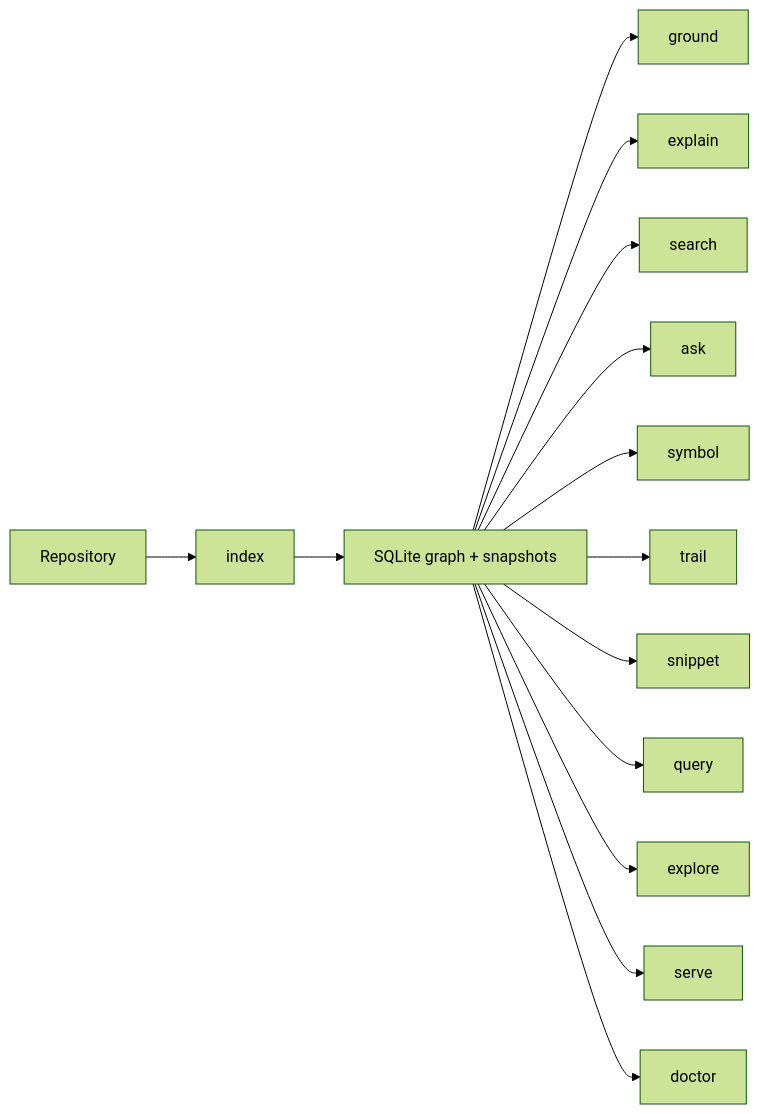
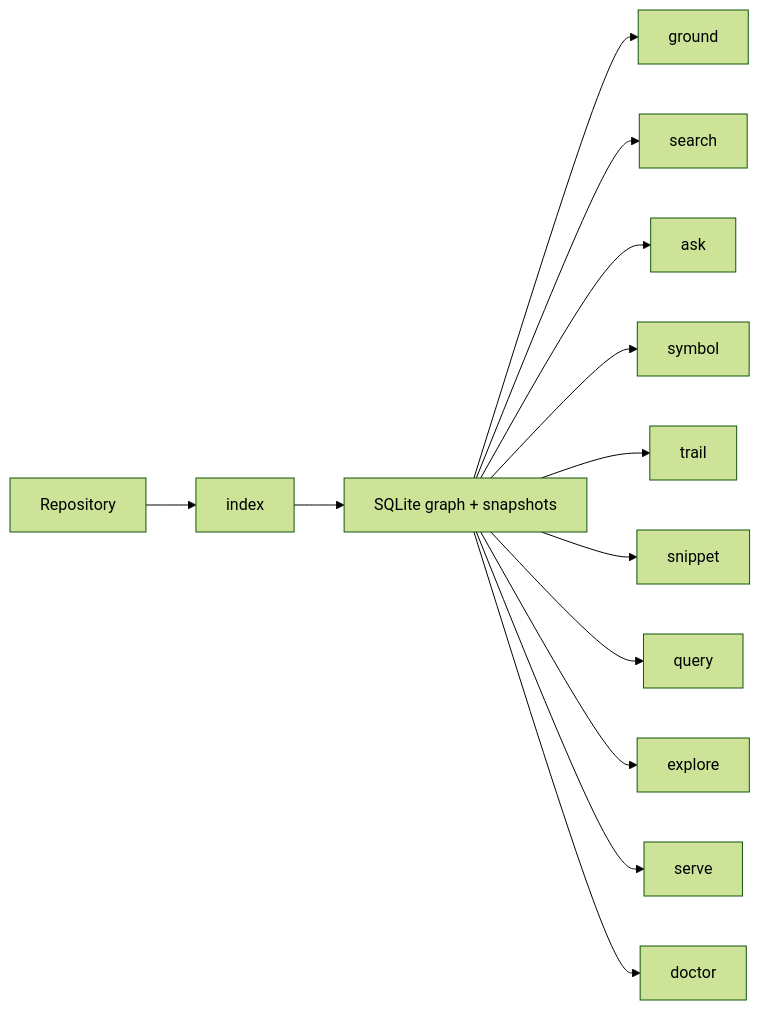
The second of 2 diagrams in README.md (TheGreenCedar/CodeStory), drawn with Mermaid (forest theme) before and after one commit. The commit also changed other lines of this file and 8 other files, not shown here.

````diff
--- a/README.md
+++ b/README.md
@@ -113,16 +112,15 @@
 ```mermaid
 flowchart LR
     Project["Repository"] --> Index["index"]
     Index["index"] --> LocalState["SQLite graph + snapshots"]
     LocalState --> Ground["ground"]
-    LocalState --> Explain["explain"]
     LocalState --> Search["search"]
     LocalState --> Ask["ask"]
     LocalState --> Symbol["symbol"]
     LocalState --> Trail["trail"]
     LocalState --> Snippet["snippet"]
     LocalState --> Query["query"]
     LocalState --> Explore["explore"]
     LocalState --> Serve["serve"]
     LocalState --> Doctor["doctor"]
 ```
````
